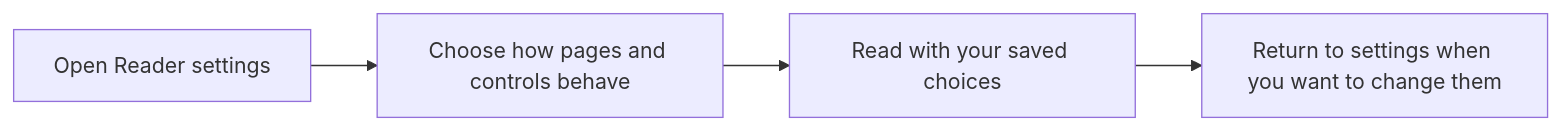
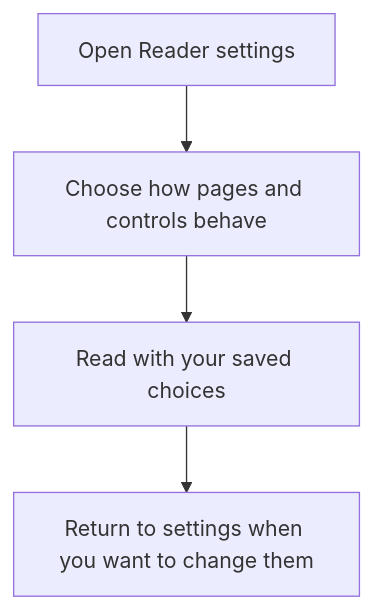
One commit to FancyCorey/komikku-fc changed the third of 6 diagrams in docs/kmk/feature-guides/reading.md. Above: the diagram before and after it, drawn with Mermaid. The commit also changed other lines of this file and 93 other files, not shown here.

````diff
--- a/docs/kmk/feature-guides/reading.md
+++ b/docs/kmk/feature-guides/reading.md
@@ -255,6 +263,6 @@
 ```mermaid
-flowchart LR
+flowchart TD
     Settings["Open Reader settings"] --> Preferences["Choose how pages and controls behave"]
     Preferences --> Viewer["Read with your saved choices"]
     Viewer --> Change["Return to settings when you want to change them"]
 ```
````
